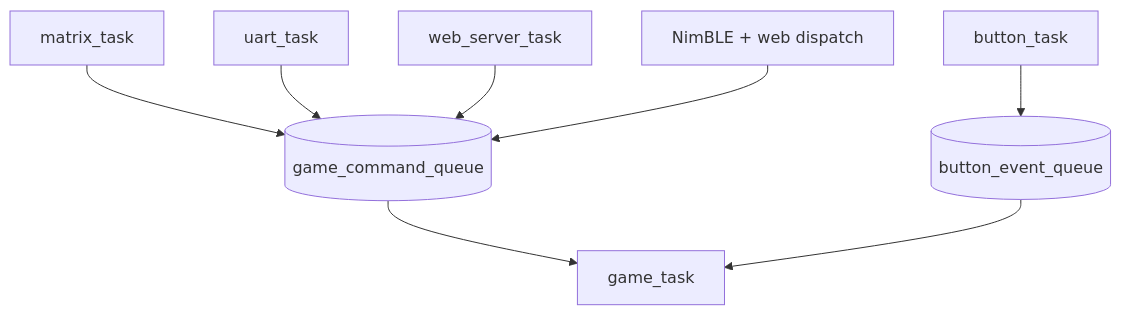
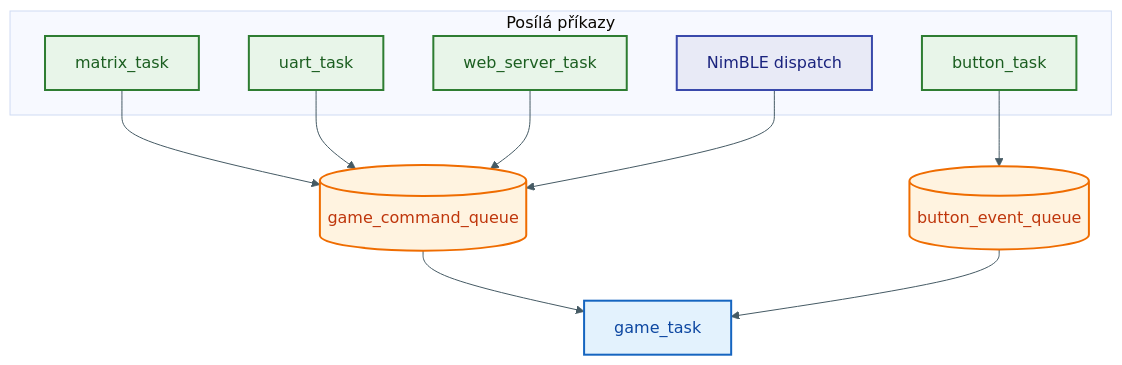
One commit to AlfredKrutina/chess_esp32_c6_devkit changed the second of 6 diagrams in docs/diagrams/README.md. Above: the diagram before and after it, drawn with Mermaid. The commit also changed other lines of this file and 29 other files, not shown here.

First line of the commit message:
docs: barevné Mermaid SVG, LED + Flutter vrstvy, lokální backlog

````diff
--- a/docs/diagrams/README.md
+++ b/docs/diagrams/README.md
@@ -78,10 +86,27 @@
 ```mermaid
+%%{init: {'theme':'base', 'themeVariables': {'lineColor':'#455a64'}}}%%
 flowchart TB
-  MT[matrix_task] --> GQ[(game_command_queue)]
-  UT[uart_task] --> GQ
-  WT[web_server_task] --> GQ
-  BLE[NimBLE + web dispatch] --> GQ
-  GQ --> GT[game_task]
-  BT[button_task] --> BQ[(button_event_queue)]
+  subgraph PROD["Posílá příkazy"]
+    MT[matrix_task]:::taskN
+    BTN[button_task]:::taskN
+    UART[uart_task]:::taskN
+    WEB[web_server_task]:::taskN
+    BLE[NimBLE dispatch]:::bleN
+  end
+  GQ[("game_command_queue")]:::queueN
+  BQ[("button_event_queue")]:::queueN
+  GT[game_task]:::gameN
+
+  MT --> GQ
+  UART --> GQ
+  WEB --> GQ
+  BLE --> GQ
+  BTN --> BQ
+  GQ --> GT
   BQ --> GT
+
+  classDef taskN fill:#e8f5e9,stroke:#2e7d32,stroke-width:2px,color:#1b5e20
+  classDef queueN fill:#fff3e0,stroke:#ef6c00,stroke-width:2px,color:#bf360c
+  classDef gameN fill:#e3f2fd,stroke:#1565c0,stroke-width:2px,color:#0d47a1
+  classDef bleN fill:#e8eaf6,stroke:#3949ab,stroke-width:2px,color:#1a237e
 ```
````
